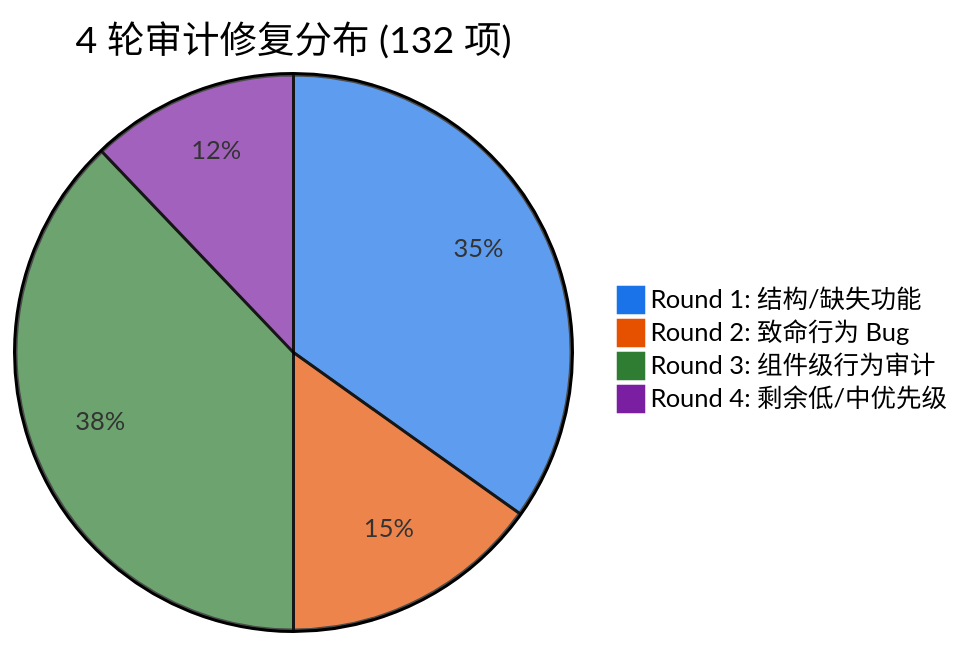
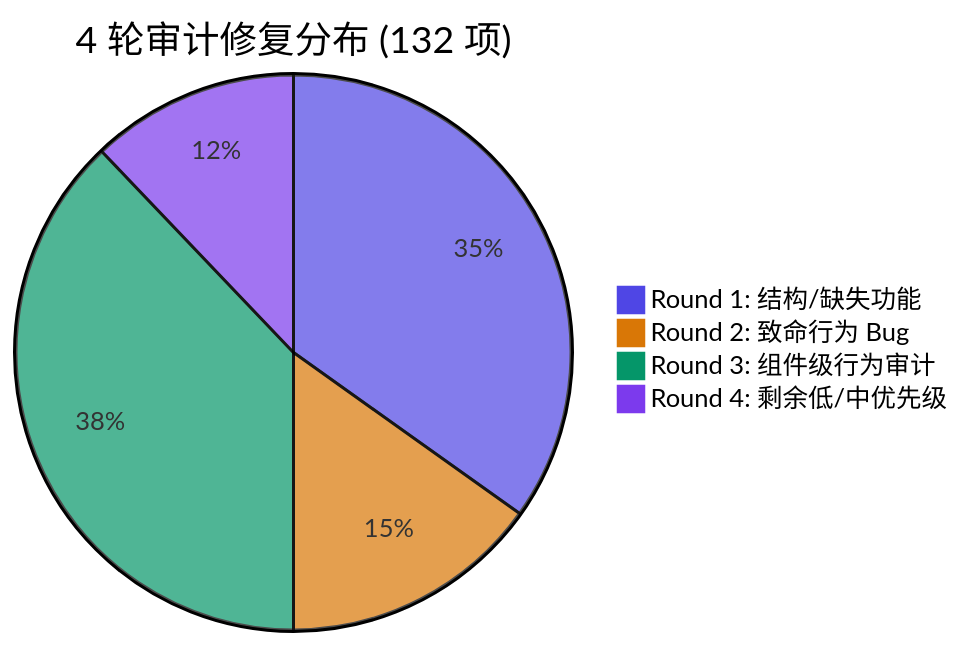
The tenth of 11 diagrams in src/ARCHITECTURE.md (jeffsia-blacksmith/altShiftClawCore), drawn with Mermaid before and after one commit. The commit also changed other lines of this file and 30 other files, not shown here.

````diff
--- a/src/ARCHITECTURE.md
+++ b/src/ARCHITECTURE.md
@@ -613,8 +612,8 @@
 ```mermaid
-%%{init: {'themeVariables': {'pie1': '#1a73e8', 'pie2': '#e65100', 'pie3': '#2e7d32', 'pie4': '#7b1fa2'}}}%%
+%%{init: {'themeVariables': {'pie1': '#4f46e5', 'pie2': '#d97706', 'pie3': '#059669', 'pie4': '#7c3aed'}}}%%
 pie title 4 轮审计修复分布 (132 项)
     "Round 1: 结构/缺失功能" : 46
     "Round 2: 致命行为 Bug" : 20
     "Round 3: 组件级行为审计" : 50
     "Round 4: 剩余低/中优先级" : 16
 ```
````
